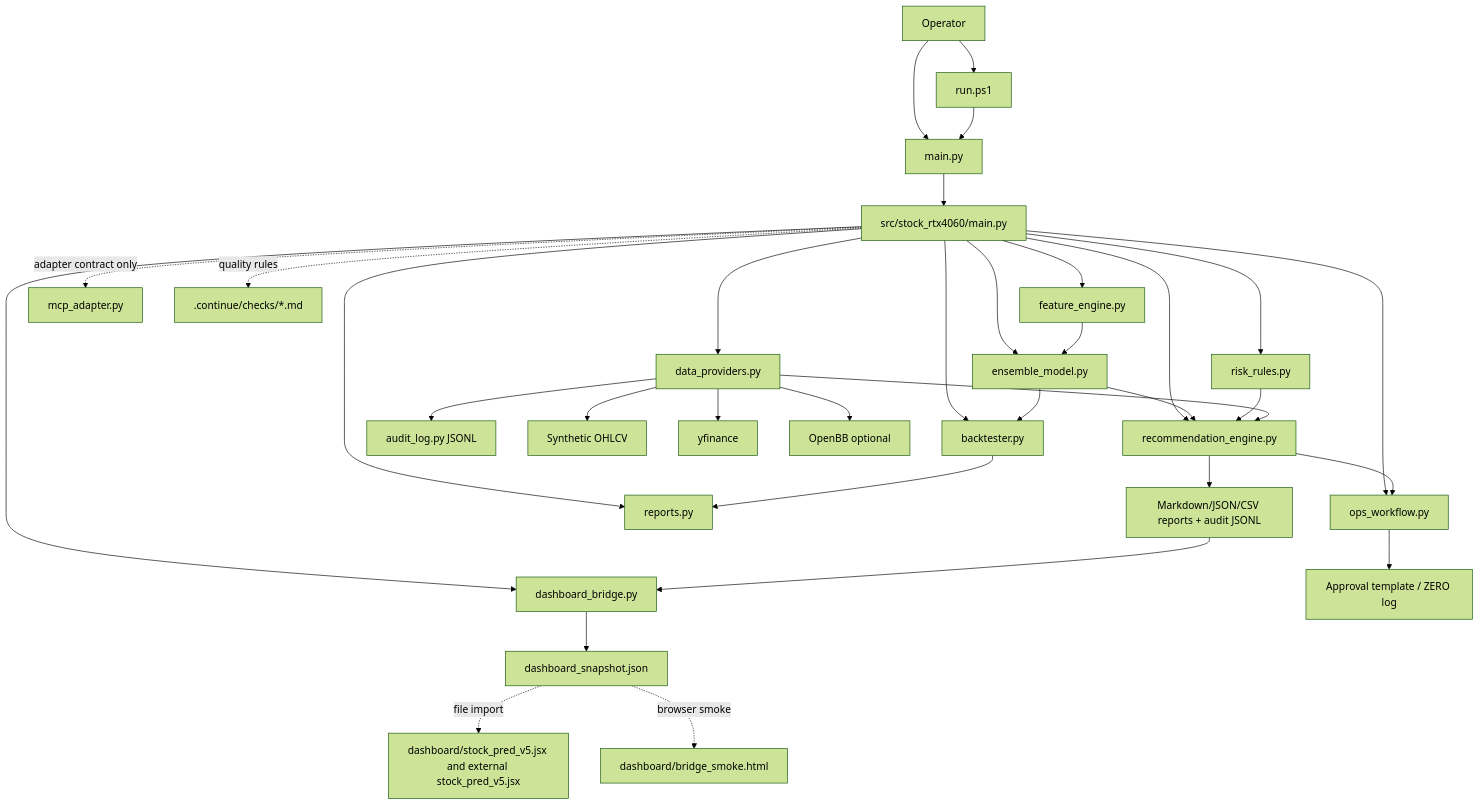
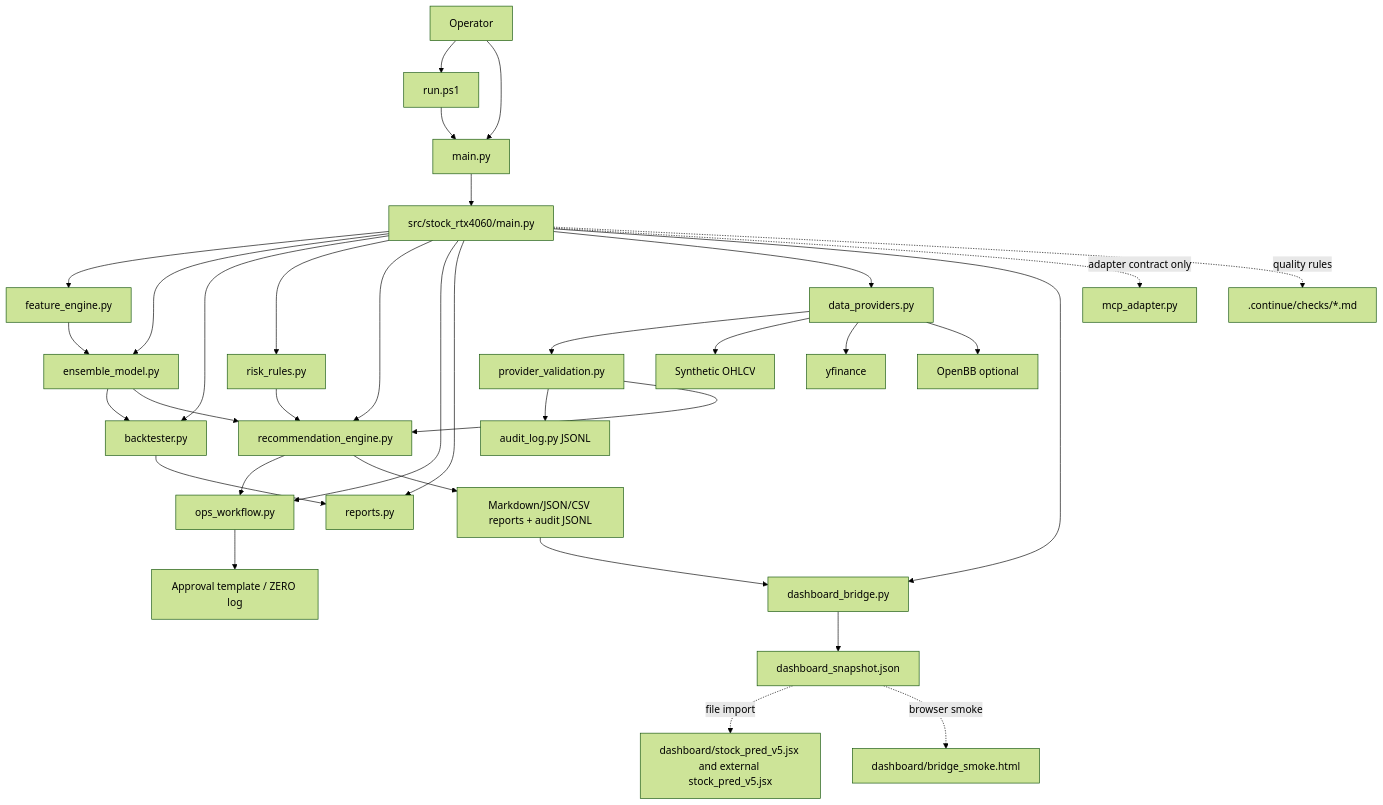
One commit to macho715/stock_hermes changed the first of 5 diagrams in docs/SYSTEM_ARCHITECTURE.md. Above: the diagram before and after it, drawn with Mermaid (forest theme). The commit also changed other lines of this file and 22 other files, not shown here.

Commit message:
Add Phase A provider validation dashboard evidence

````diff
--- a/docs/SYSTEM_ARCHITECTURE.md
+++ b/docs/SYSTEM_ARCHITECTURE.md
@@ -9,35 +9,36 @@
 ```mermaid
 flowchart TD
     User[Operator] --> Runner[run.ps1]
     User --> RootMain[main.py]
     Runner --> RootMain
     RootMain --> CLI[src/stock_rtx4060/main.py]
     CLI --> Feature[feature_engine.py]
     CLI --> Model[ensemble_model.py]
     CLI --> Backtest[backtester.py]
     CLI --> Risk[risk_rules.py]
     CLI --> Recommend[recommendation_engine.py]
     CLI --> Ops[ops_workflow.py]
     CLI --> Reports[reports.py]
     CLI --> Provider[data_providers.py]
     CLI --> DashboardBridge[dashboard_bridge.py]
     CLI -. adapter contract only .-> MCP[mcp_adapter.py]
     CLI -. quality rules .-> Continue[.continue/checks/*.md]
-    Provider --> Audit[audit_log.py JSONL]
+    Provider --> Gate[provider_validation.py]
+    Gate --> Audit[audit_log.py JSONL]
     Provider --> Synthetic[Synthetic OHLCV]
     Provider --> YFinance[yfinance]
     Provider --> OpenBB[OpenBB optional]
     Feature --> Model
     Model --> Backtest
     Model --> Recommend
     Risk --> Recommend
-    Provider --> Recommend
+    Gate --> Recommend
     Recommend --> Ops
     Backtest --> Reports
     Recommend --> Output[Markdown/JSON/CSV reports + audit JSONL]
     Output --> DashboardBridge
     DashboardBridge --> DashboardSnapshot[dashboard_snapshot.json]
     DashboardSnapshot -. file import .-> Dashboard[dashboard/stock_pred_v5.jsx and external stock_pred_v5.jsx]
     DashboardSnapshot -. browser smoke .-> Harness[dashboard/bridge_smoke.html]
     Ops --> Approval[Approval template / ZERO log]
 ```
````
